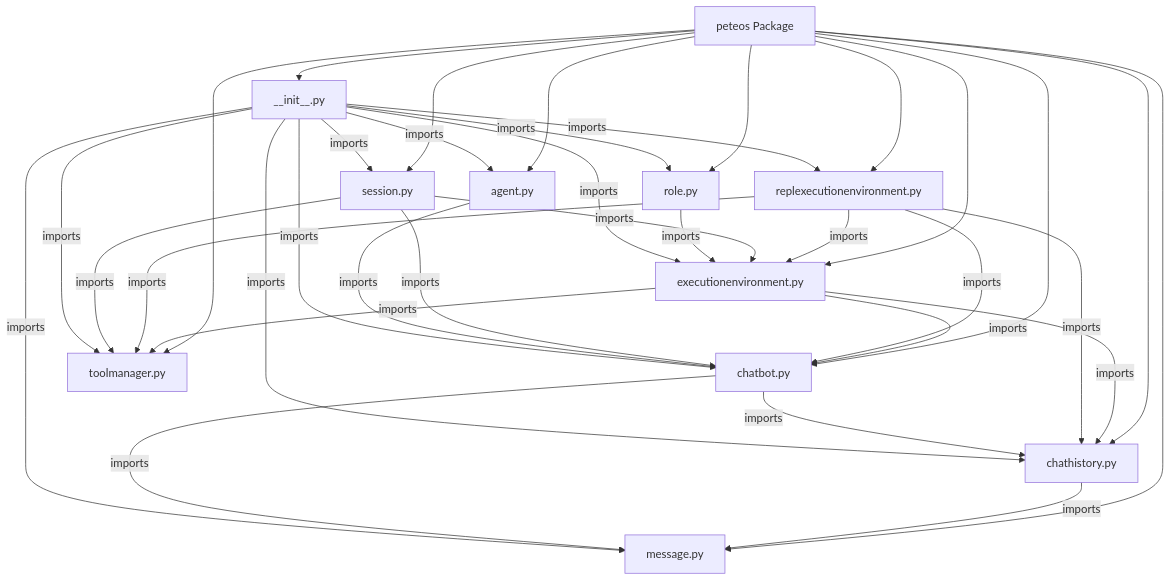
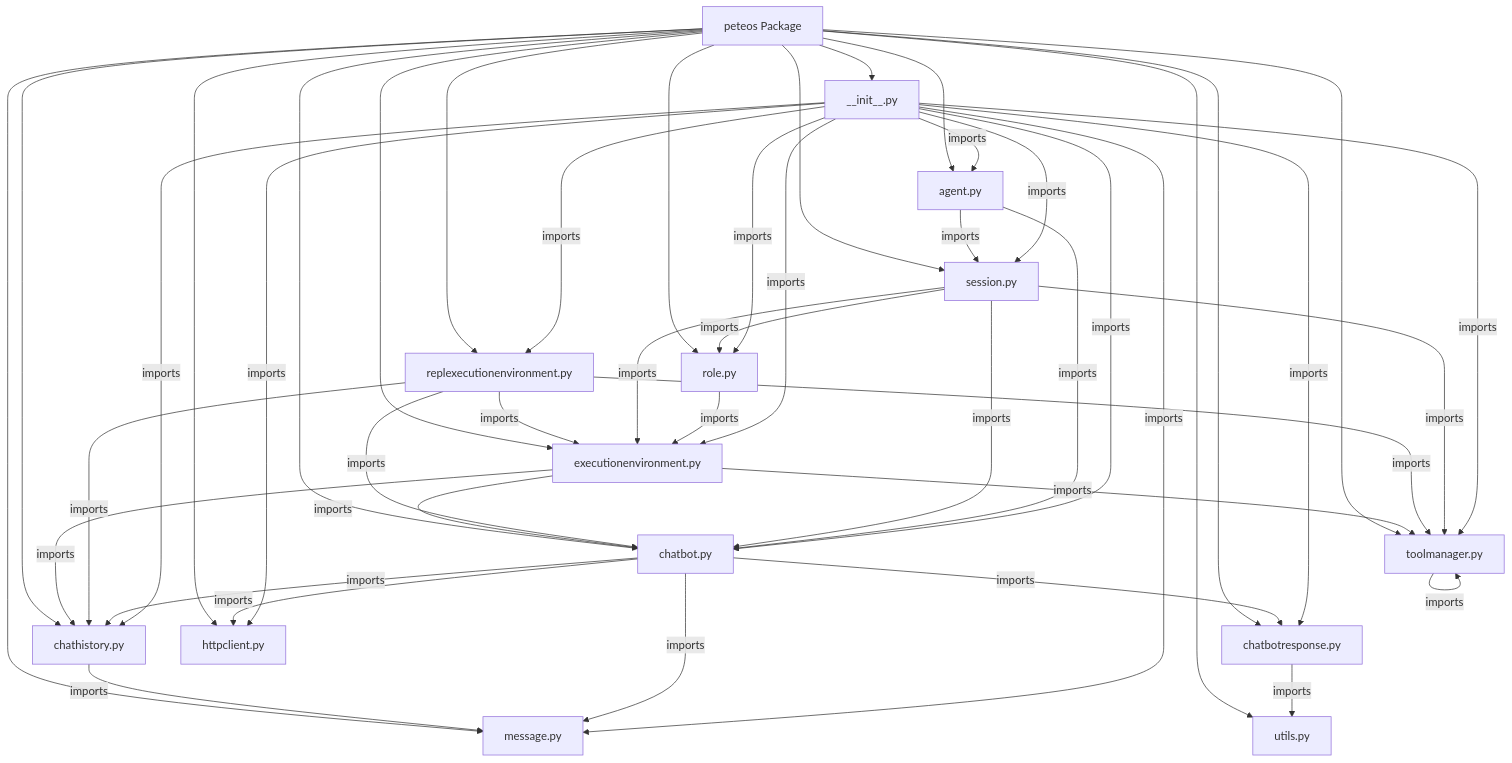
One commit to Schafer-List-Systems/peteos changed the second of 2 diagrams in docs/developer/architecture.md. Above: the diagram before and after it, drawn with Mermaid. The commit also changed other lines of this file and 4 other files, not shown here.

````diff
--- a/docs/developer/architecture.md
+++ b/docs/developer/architecture.md
@@ -252,37 +773,49 @@
 ```mermaid
 graph TD
     A[peteos Package] --> B[__init__.py]
     A --> C[agent.py]
     A --> D[chatbot.py]
-    A --> E[message.py]
-    A --> F[chathistory.py]
-    A --> G[toolmanager.py]
-    A --> H[executionenvironment.py]
-    A --> I[replexecutionenvironment.py]
-    A --> J[session.py]
-    A --> K[role.py]
-    F -->|imports| E
-    H -->|imports| F
-    H -->|imports| G
-    H -->|imports| D
+    A --> E[chatbotresponse.py]
+    A --> F[message.py]
+    A --> G[chathistory.py]
+    A --> H[toolmanager.py]
+    A --> I[executionenvironment.py]
+    A --> J[replexecutionenvironment.py]
+    A --> K[session.py]
+    A --> L[role.py]
+    A --> M[httpclient.py]
+    A --> N[utils.py]
+
+    G -->|imports| F
+    H -->|imports| H
+    I -->|imports| G
     I -->|imports| H
-    I -->|imports| F
-    I -->|imports| G
     I -->|imports| D
+    J -->|imports| I
+    J -->|imports| G
     J -->|imports| H
-    J -->|imports| G
     J -->|imports| D
+    K -->|imports| I
     K -->|imports| H
+    K -->|imports| D
+    K -->|imports| L
+    L -->|imports| I
     C -->|imports| D
+    C -->|imports| K
+    D -->|imports| G
+    D -->|imports| E
+    D -->|imports| M
     D -->|imports| F
-    D -->|imports| E
+    E -->|imports| N
     B -->|imports| C
     B -->|imports| D
     B -->|imports| E
     B -->|imports| F
     B -->|imports| G
     B -->|imports| H
     B -->|imports| I
     B -->|imports| J
     B -->|imports| K
+    B -->|imports| L
+    B -->|imports| M
 ```
````
